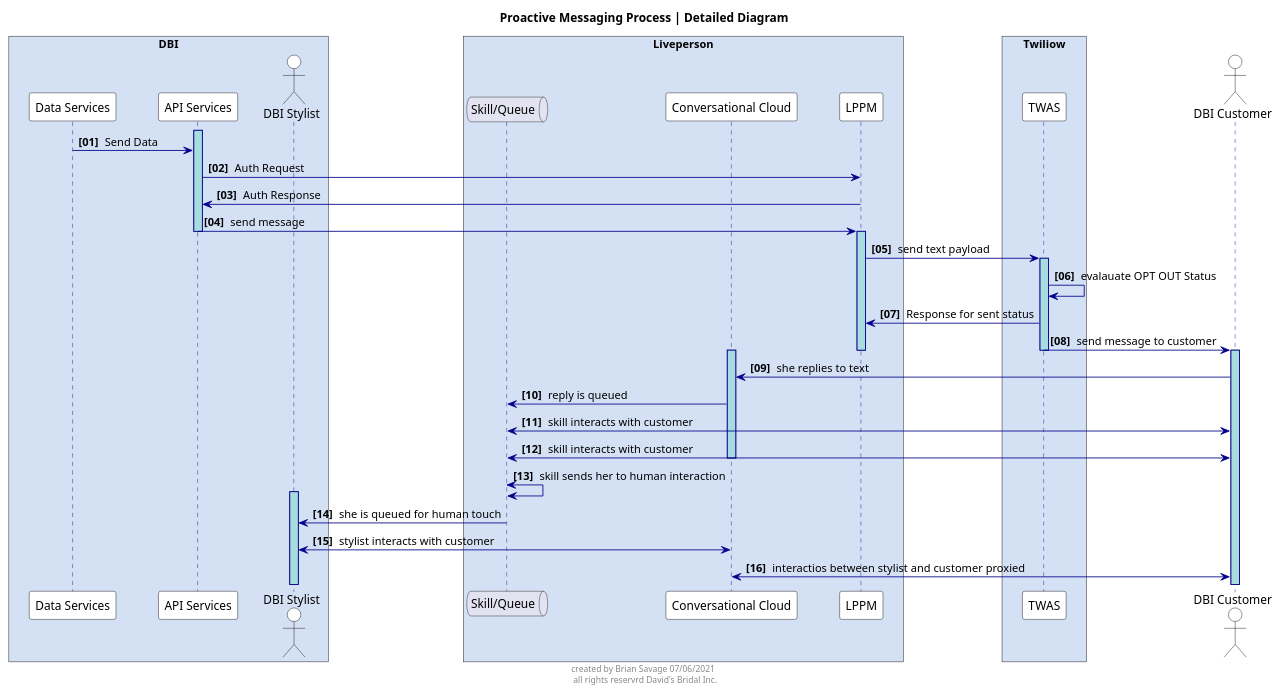
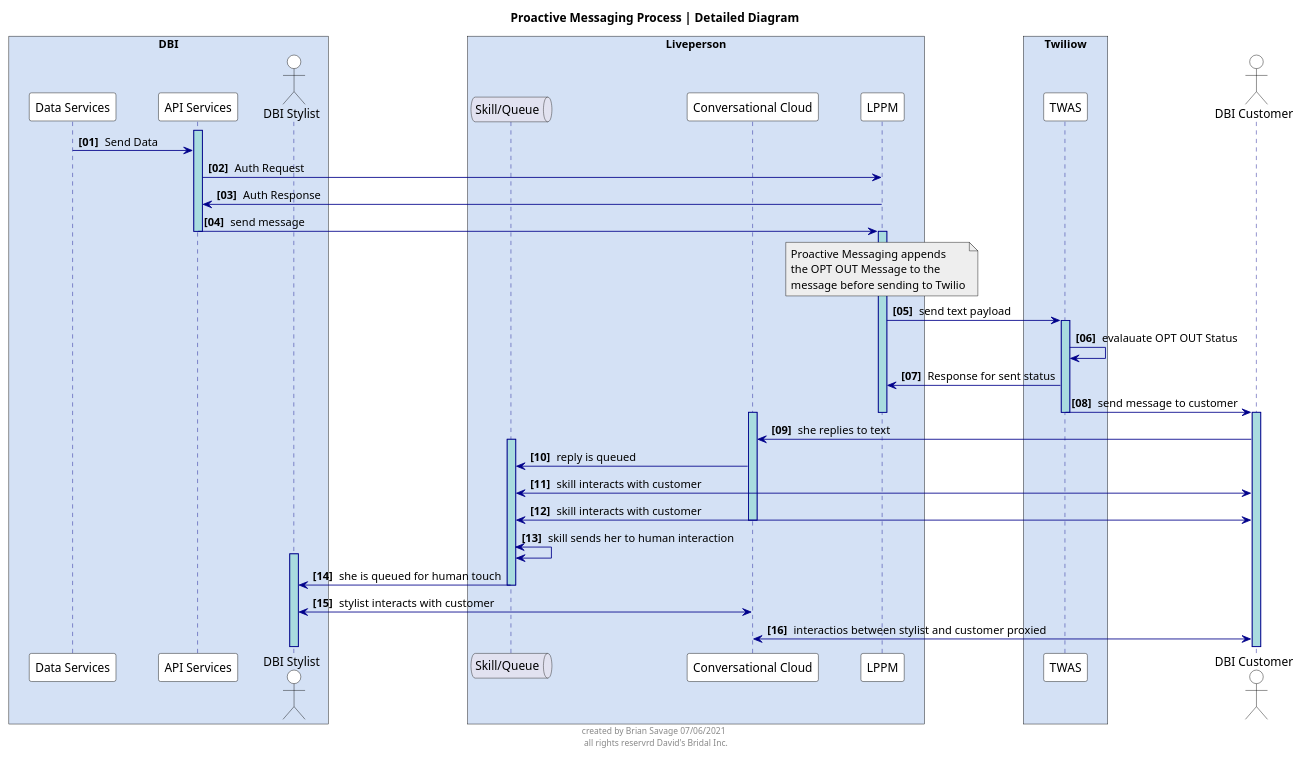
Before and after one commit to bsavage-dbi/assets: the diagram in diagrams/proactive-messaging-detailed.puml, drawn with PlantUML. The commit also changed 17 other files, not shown here.

```diff
--- a/diagrams/proactive-messaging-detailed.puml
+++ b/diagrams/proactive-messaging-detailed.puml
@@ -1,91 +1,97 @@
 @startuml
 
 skinparam sequenceBoxBorderColor #black
 skinparam NoteBorderColor #black
 
 skinparam sequence {
     ArrowColor DarkBlue
     ActorBackgroundColor White
     ActorBorderColor black
     LifeLineBorderColor DarkBlue
     LifeLineBackgroundColor #A9DCDF
     BoxPadding 20
     ParticipantPadding 20
     ParticipantBorderColor Black
     ParticipantBackgroundColor White
 }
 
 autonumber "<b>[00] "
 footer created by Brian Savage 07/06/2021 \n all rights reservrd David's Bridal Inc.
 
 title Proactive Messaging Process | Detailed Diagram
 box "DBI" #D4E1F5
 participant "Data Services" as DBI_DATA
 participant "API Services" as DBI_API
 actor "DBI Stylist" as DBI_STY
 end box
 
 activate DBI_API
 
 DBI_DATA -> DBI_API : Send Data
+
 DBI_API -> LPPM : Auth Request
 DBI_API <- LPPM : Auth Response
+
 DBI_API -> LPPM : send message
-
+note over LPPM #EEE
+Proactive Messaging appends
+the OPT OUT Message to the 
+message before sending to Twilio
+end note
 deactivate DBI_API
 
 box "Liveperson" #D4E1F5
 queue "Skill/Queue" as LPQ
 participant "Conversational Cloud" as LPCC
 
 participant "Proactive Messaging API Service" as LPPM
 end box
 
 activate LPPM
 
 LPPM -> TWAS : send text payload
 
 box "Twiliow" #D4E1F5
 participant "OPT OUT API Service" as TWAS
 end box
 
 activate TWAS
 
 TWAS -> TWAS : evalauate OPT OUT Status
 LPPM <- TWAS : Response for sent status
 
 
 actor "DBI Customer" as DBI_CUS
 TWAS -> DBI_CUS : send message to customer
 deactivate TWAS
 activate DBI_CUS
 
 deactivate LPPM
 activate LPCC
 
 LPCC <- DBI_CUS : she replies to text
 
 
-
+activate LPQ
 LPQ <- LPCC : reply is queued
 LPQ <-> DBI_CUS : skill interacts with customer
 LPQ <-> DBI_CUS : skill interacts with customer
 deactivate LPCC
 
 LPQ <-> LPQ : skill sends her to human interaction
 deactivate LPCC
 
 deactivate TWAS
 activate DBI_STY
 
 DBI_STY <- LPQ : she is queued for human touch
 
 
 deactivate LPQ
 deactivate LPQ
 
 
 DBI_STY <-> LPCC : stylist interacts with customer
 LPCC <-> DBI_CUS : interactios between stylist and customer proxied
 deactivate LPQ
 @enduml
```
